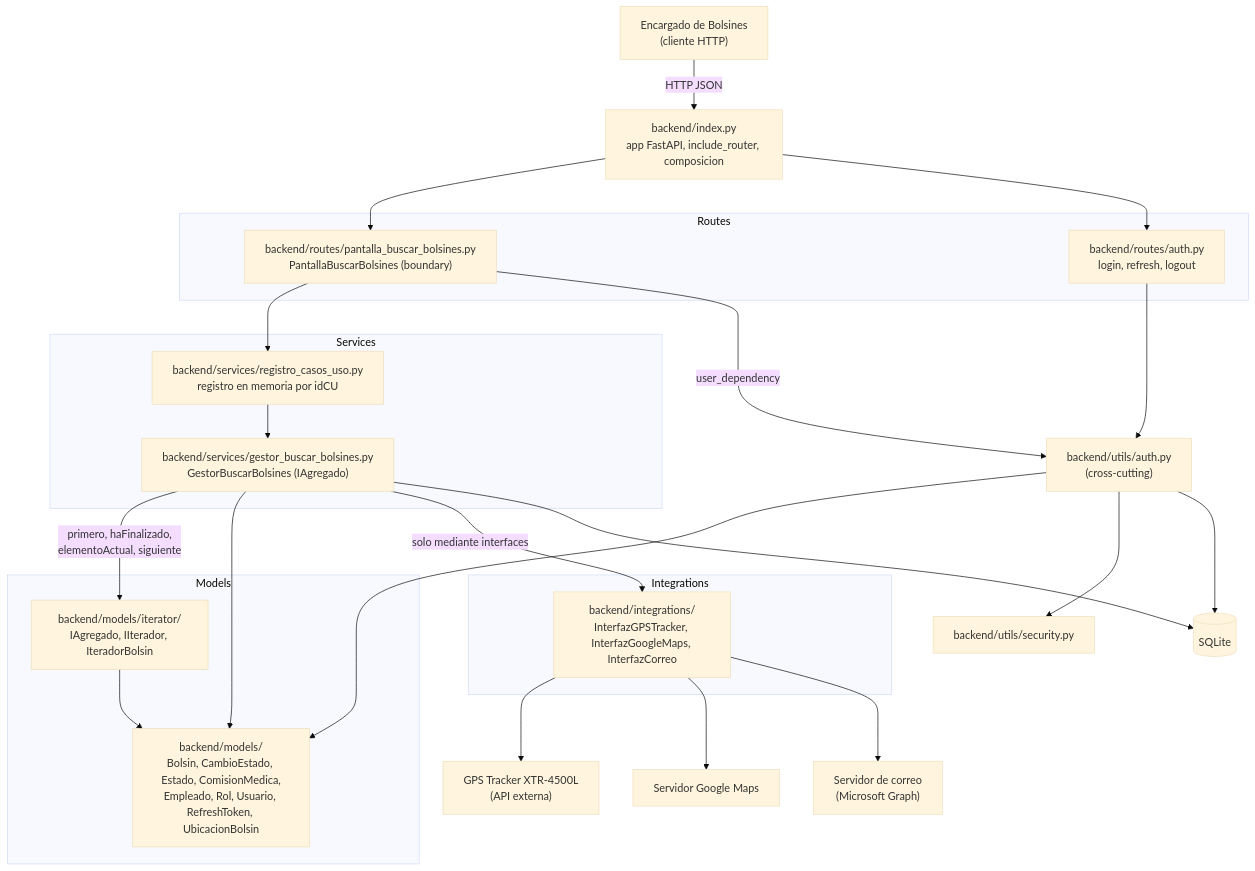
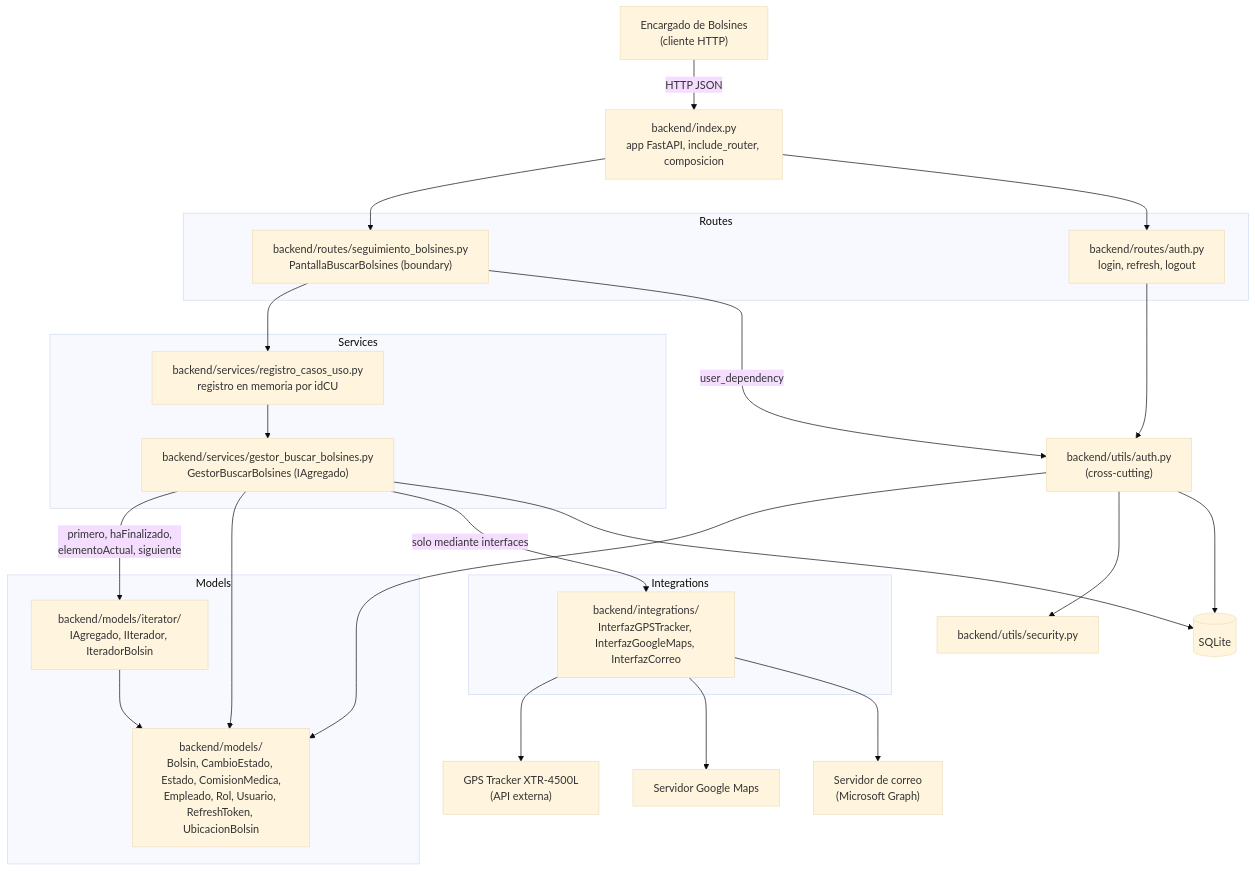
One commit to JoaquinMorais/DSI-TPI-Bolsines changed the diagram in docs/01-arquitectura.md. Above: the diagram before and after it, drawn with Mermaid (base theme). The commit also changed other lines of this file and 14 other files, not shown here.

First line of the commit message:
Rutas y schemas del CU 36 con error unificado y usuario dev

````diff
--- a/docs/01-arquitectura.md
+++ b/docs/01-arquitectura.md
@@ -7,43 +7,43 @@
 ```mermaid
 flowchart TD
   EB["Encargado de Bolsines<br/>(cliente HTTP)"] -->|HTTP JSON| IDX
 
   IDX["backend/index.py<br/>app FastAPI, include_router, composicion"]
 
   subgraph Routes
-    R["backend/routes/pantalla_buscar_bolsines.py<br/>PantallaBuscarBolsines (boundary)"]
+    R["backend/routes/seguimiento_bolsines.py<br/>PantallaBuscarBolsines (boundary)"]
     RA["backend/routes/auth.py<br/>login, refresh, logout"]
   end
 
   subgraph Services
     GA["backend/services/registro_casos_uso.py<br/>registro en memoria por idCU"]
     S["backend/services/gestor_buscar_bolsines.py<br/>GestorBuscarBolsines (IAgregado)"]
   end
 
   subgraph Models
     IT["backend/models/iterator/<br/>IAgregado, IIterador, IteradorBolsin"]
     E["backend/models/<br/>Bolsin, CambioEstado, Estado, ComisionMedica,<br/>Empleado, Rol, Usuario, RefreshToken, UbicacionBolsin"]
   end
 
   subgraph Integrations
     I["backend/integrations/<br/>InterfazGPSTracker, InterfazGoogleMaps, InterfazCorreo"]
   end
 
   IDX --> R
   IDX --> RA
   R --> GA
   GA --> S
   S -->|primero, haFinalizado,<br/>elementoActual, siguiente| IT
   IT --> E
   S --> E
   S -->|solo mediante interfaces| I
   I --> GPS["GPS Tracker XTR-4500L<br/>(API externa)"]
   I --> GM["Servidor Google Maps"]
   I --> MAIL["Servidor de correo<br/>(Microsoft Graph)"]
   R -->|user_dependency| AUTH["backend/utils/auth.py<br/>(cross-cutting)"]
   RA --> AUTH
   AUTH --> E
   AUTH --> SEC["backend/utils/security.py"]
   S --> DB[("SQLite")]
   AUTH --> DB
 ```
````
